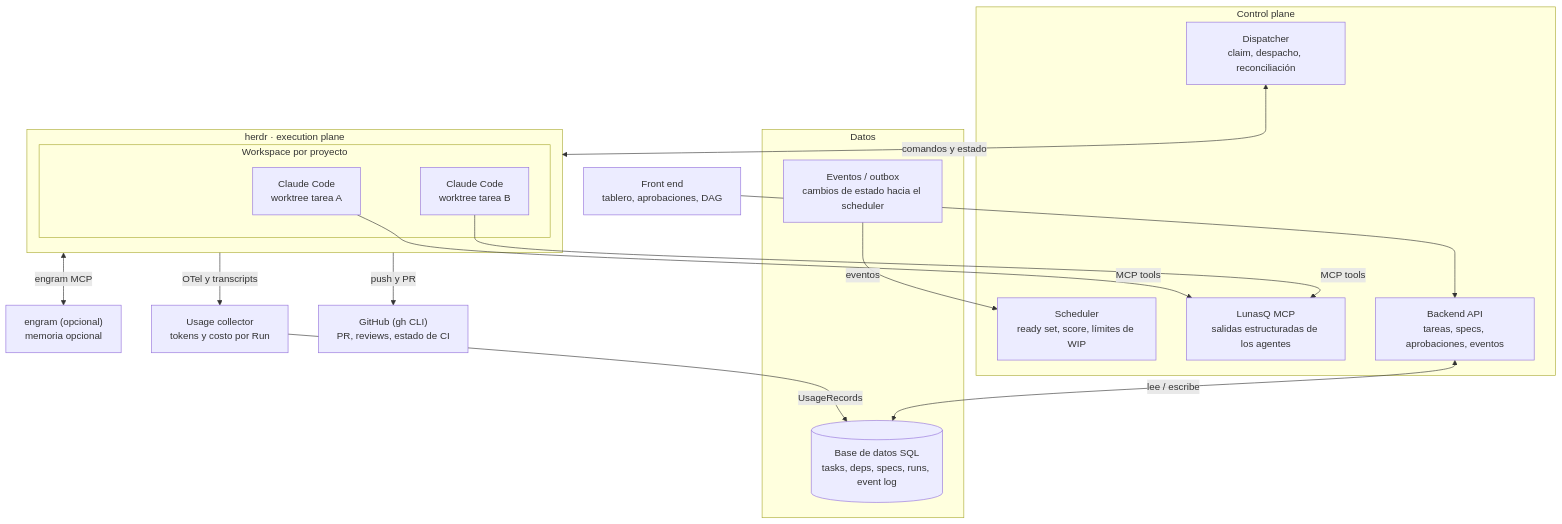
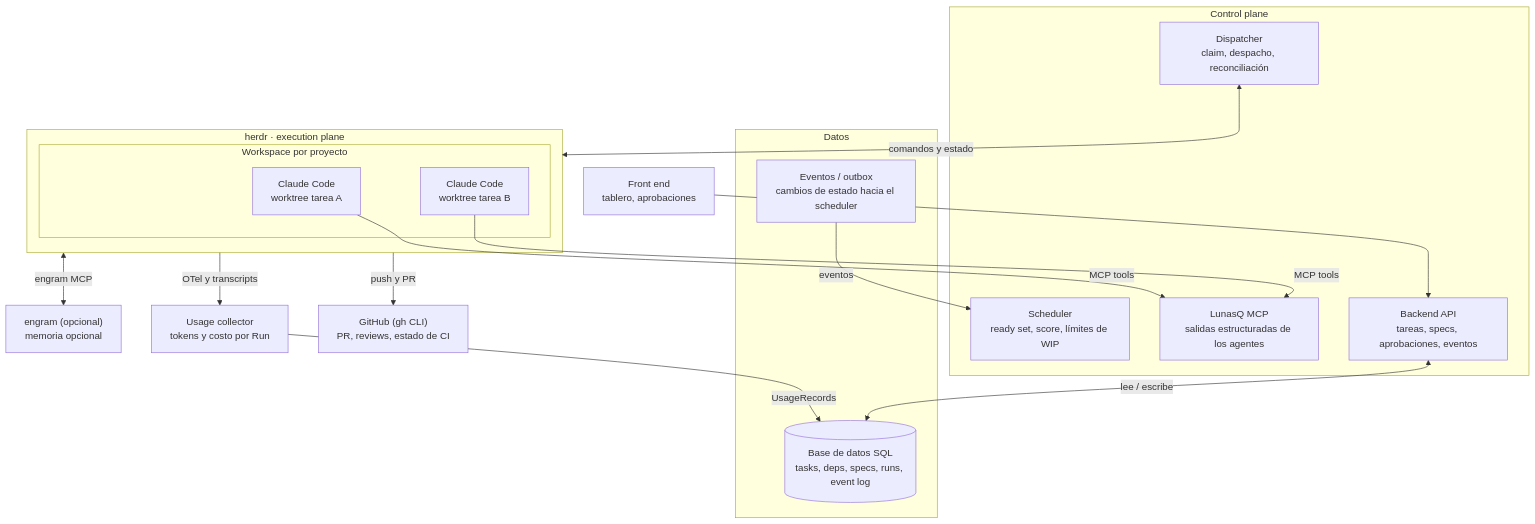
One commit to sergiowero/lunas-queue changed the second of 2 diagrams in docs/design.md. Above: the diagram before and after it, drawn with Mermaid. The commit also changed other lines of this file and 41 other files, not shown here.

````diff
--- a/docs/design.md
+++ b/docs/design.md
@@ -103,33 +104,33 @@
 ```mermaid
 flowchart TB
-    FE["Front end<br/>tablero, aprobaciones, DAG"]
+    FE["Front end<br/>tablero, aprobaciones"]
     subgraph CP["Control plane"]
         API["Backend API<br/>tareas, specs, aprobaciones, eventos"]
         SCH["Scheduler<br/>ready set, score, límites de WIP"]
         DIS["Dispatcher<br/>claim, despacho, reconciliación"]
         MCP["LunasQ MCP<br/>salidas estructuradas de los agentes"]
     end
     subgraph DATA["Datos"]
         DB[("Base de datos SQL<br/>tasks, deps, specs, runs, event log")]
         OUT["Eventos / outbox<br/>cambios de estado hacia el scheduler"]
     end
     subgraph HERDR["herdr · execution plane"]
         subgraph WS["Workspace por proyecto"]
             A1["Claude Code<br/>worktree tarea A"]
             A2["Claude Code<br/>worktree tarea B"]
         end
     end
     UC["Usage collector<br/>tokens y costo por Run"]
     GH["GitHub (gh CLI)<br/>PR, reviews, estado de CI"]
     EN["engram (opcional)<br/>memoria opcional"]
 
     FE --> API
     API <-->|lee / escribe| DB
     OUT -->|eventos| SCH
     DIS <-->|comandos y estado| HERDR
     A1 & A2 -->|MCP tools| MCP
     HERDR -->|push y PR| GH
     HERDR -->|OTel y transcripts| UC
     UC -->|UsageRecords| DB
     HERDR <-->|engram MCP| EN
 ```
````
